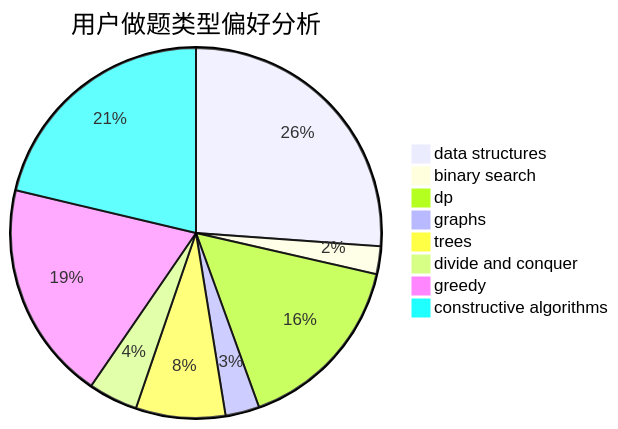
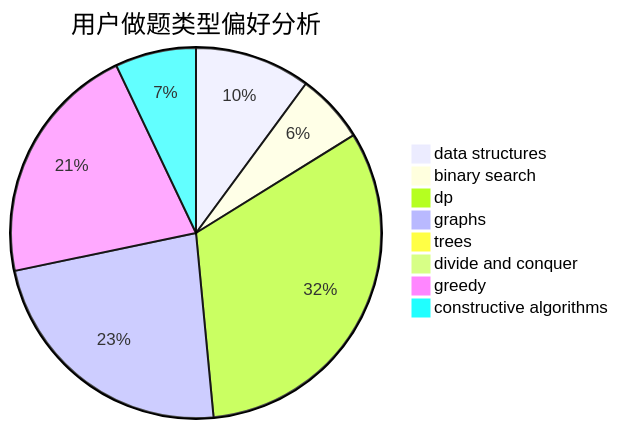
Before and after one commit to sherpahu/cfrs.github.io: the second of 3 diagrams in docs/user/u864.md, drawn with Mermaid. The commit also changed other lines of this file and 2770 other files, not shown here.

````diff
--- a/docs/user/u864.md
+++ b/docs/user/u864.md
@@ -23,11 +23,11 @@
 ```mermaid
 pie title 用户做题类型偏好分析
-    "data structures" :  97
-    "binary search" :  9
-    "dp" :  59
-    "graphs" :  11
-    "trees" :  29
-    "divide and conquer" :  16
-    "greedy" :  71
-    "constructive algorithms" :  79
+    "data structures" :  20
+    "binary search" :  12
+    "dp" :  64
+    "graphs" :  46
+    "trees" :  1
+    "divide and conquer" :  0
+    "greedy" :  42
+    "constructive algorithms" :  14
 ```
````
